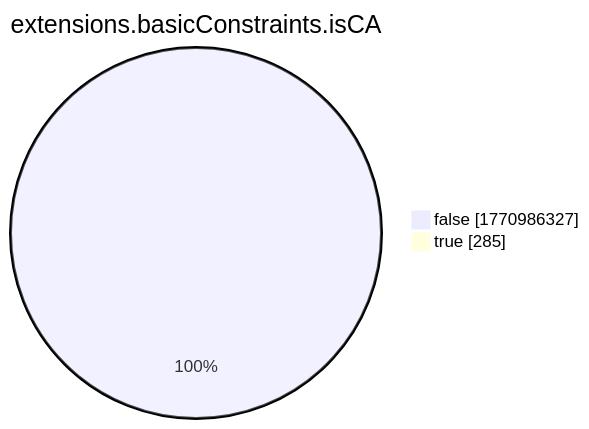
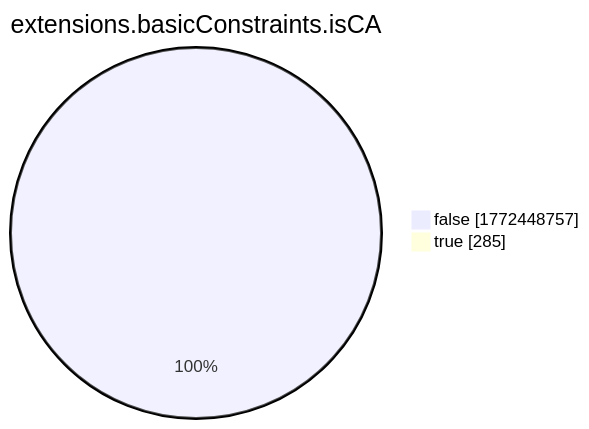
One commit to christiankrug/ctmonitor_visualization changed the eighth of 15 diagrams in xenon2022/README.md. Above: the diagram before and after it, drawn with Mermaid. The commit also changed other lines of this file, not shown here.

````diff
--- a/xenon2022/README.md
+++ b/xenon2022/README.md
@@ -2868,6 +2868,6 @@
 ```mermaid
 pie showData
 title extensions.basicConstraints.isCA
-"false" :1770986327
+"false" :1772448757
 "true" :285
 ```
````
